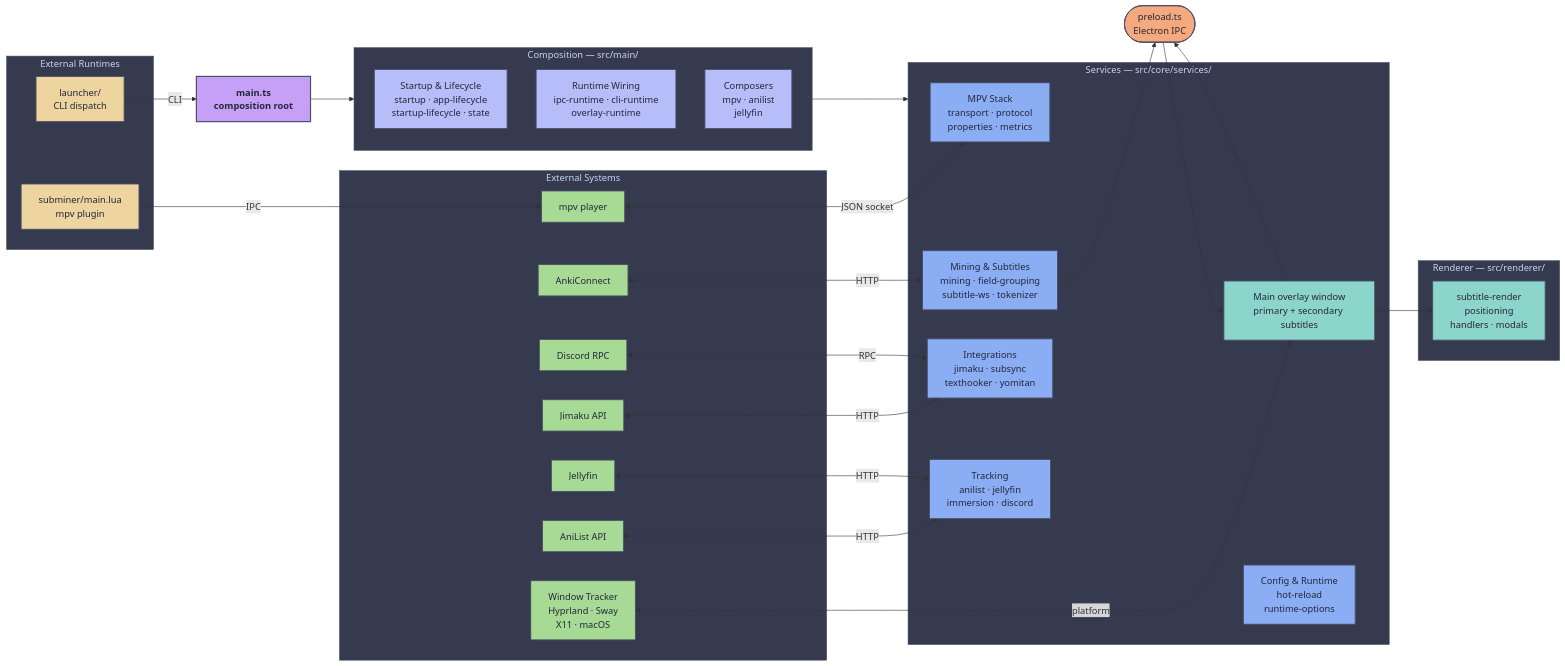
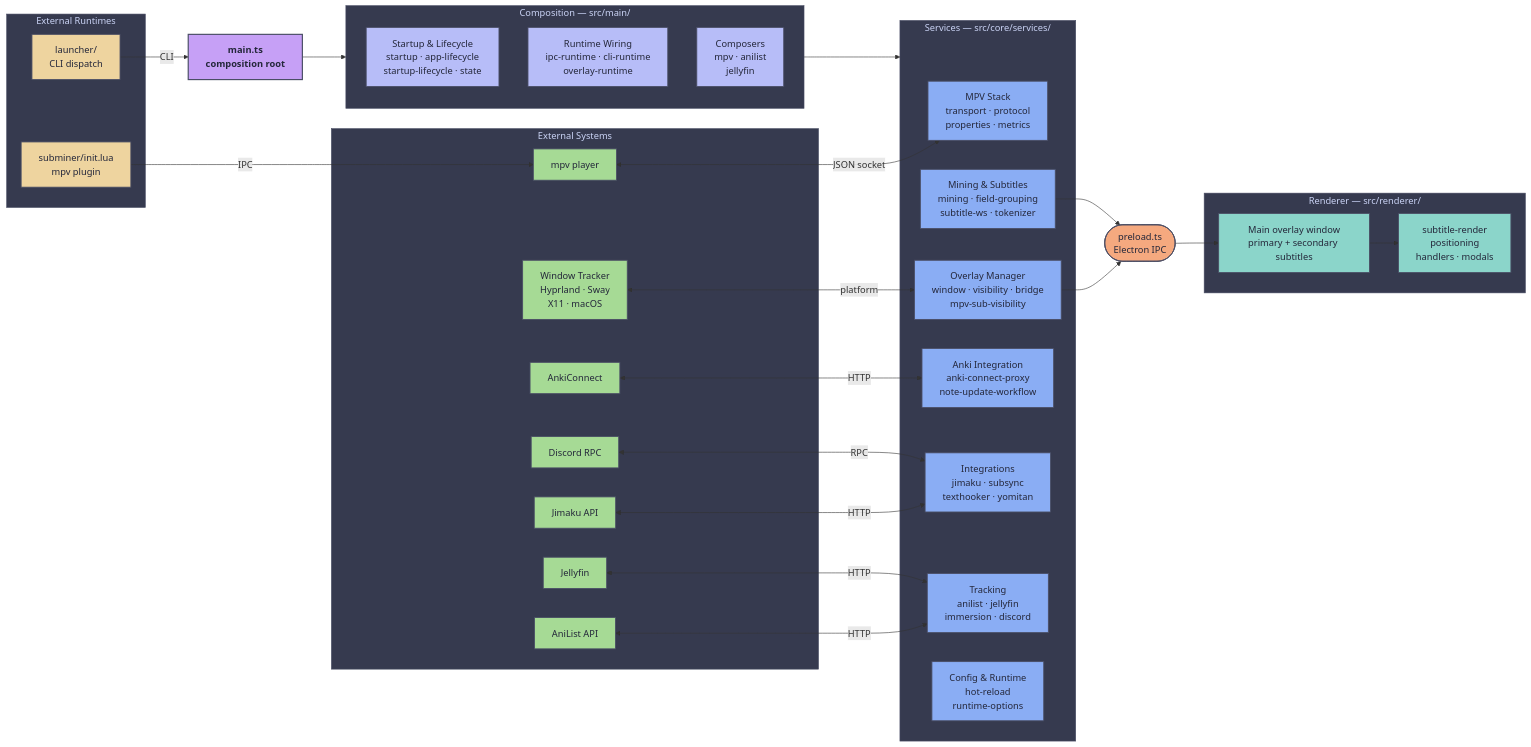
One commit to ksyasuda/SubMiner changed the first of 2 diagrams in docs/architecture.md. Above: the diagram before and after it, drawn with Mermaid. The commit also changed other lines of this file and 27 other files, not shown here.

````diff
--- a/docs/architecture.md
+++ b/docs/architecture.md
@@ -129,73 +134,74 @@
 ```mermaid
 flowchart LR
   classDef entry fill:#c6a0f6,stroke:#494d64,color:#24273a,stroke-width:2px,font-weight:bold
   classDef comp fill:#b7bdf8,stroke:#494d64,color:#24273a,stroke-width:1.5px
   classDef svc fill:#8aadf4,stroke:#494d64,color:#24273a,stroke-width:1.5px
   classDef bridge fill:#f5a97f,stroke:#494d64,color:#24273a,stroke-width:1.5px
   classDef rend fill:#8bd5ca,stroke:#494d64,color:#24273a,stroke-width:1.5px
   classDef ext fill:#a6da95,stroke:#494d64,color:#24273a,stroke-width:1.5px
   classDef extrt fill:#eed49f,stroke:#494d64,color:#24273a,stroke-width:1.5px
 
   subgraph ExtRt["External Runtimes"]
     Launcher["launcher/<br/>CLI dispatch"]:::extrt
-    Plugin["subminer/main.lua<br/>mpv plugin"]:::extrt
+    Plugin["subminer/init.lua<br/>mpv plugin"]:::extrt
   end
 
   subgraph Ext["External Systems"]
     mpvExt["mpv player"]:::ext
     AnkiExt["AnkiConnect"]:::ext
     JimakuExt["Jimaku API"]:::ext
     TrackerExt["Window Tracker<br/>Hyprland · Sway<br/>X11 · macOS"]:::ext
     AnilistExt["AniList API"]:::ext
     JellyfinExt["Jellyfin"]:::ext
     DiscordExt["Discord RPC"]:::ext
   end
 
   Main["main.ts<br/>composition root"]:::entry
 
   subgraph Comp["Composition — src/main/"]
     Startup["Startup & Lifecycle<br/>startup · app-lifecycle<br/>startup-lifecycle · state"]:::comp
     Wiring["Runtime Wiring<br/>ipc-runtime · cli-runtime<br/>overlay-runtime"]:::comp
     Composers["Composers<br/>mpv · anilist<br/>jellyfin"]:::comp
   end
 
   subgraph Svc["Services — src/core/services/"]
     Mpv["MPV Stack<br/>transport · protocol<br/>properties · metrics"]:::svc
-    Overlay["Overlay Manager<br/>window · visibility · bridge"]:::svc
+    OverlaySvc["Overlay Manager<br/>window · visibility · bridge<br/>mpv-sub-visibility"]:::svc
     Mining["Mining & Subtitles<br/>mining · field-grouping<br/>subtitle-ws · tokenizer"]:::svc
+    AnkiProxy["Anki Integration<br/>anki-connect-proxy<br/>note-update-workflow"]:::svc
     Integrations["Integrations<br/>jimaku · subsync<br/>texthooker · yomitan"]:::svc
     Tracking["Tracking<br/>anilist · jellyfin<br/>immersion · discord"]:::svc
     Config["Config & Runtime<br/>hot-reload<br/>runtime-options"]:::svc
   end
 
   Bridge(["preload.ts<br/>Electron IPC"]):::bridge
 
   subgraph Rend["Renderer — src/renderer/"]
-    Overlay["Main overlay window<br/>primary + secondary subtitles"]:::rend
+    OverlayWin["Main overlay window<br/>primary + secondary subtitles"]:::rend
     UI["subtitle-render<br/>positioning<br/>handlers · modals"]:::rend
   end
 
   Launcher -->|"CLI"| Main
   Plugin -->|"IPC"| mpvExt
 
   Main --> Comp
   Comp --> Svc
 
   mpvExt <-->|"JSON socket"| Mpv
-  AnkiExt <-->|"HTTP"| Mining
+  AnkiExt <-->|"HTTP"| AnkiProxy
   JimakuExt <-->|"HTTP"| Integrations
-  TrackerExt <-->|"platform"| Overlay
+  TrackerExt <-->|"platform"| OverlaySvc
   AnilistExt <-->|"HTTP"| Tracking
   JellyfinExt <-->|"HTTP"| Tracking
   DiscordExt <-->|"RPC"| Integrations
 
-  Overlay & Mining --> Bridge
-  Bridge --> Overlay
-  Overlay --> UI
+  OverlaySvc & Mining --> Bridge
+  Bridge --> OverlayWin
+  OverlayWin --> UI
 
   style Comp fill:#363a4f,stroke:#494d64,color:#cad3f5
   style Svc fill:#363a4f,stroke:#494d64,color:#cad3f5
   style Rend fill:#363a4f,stroke:#494d64,color:#cad3f5
   style Ext fill:#363a4f,stroke:#494d64,color:#cad3f5
   style ExtRt fill:#363a4f,stroke:#494d64,color:#cad3f5
 ```
````
